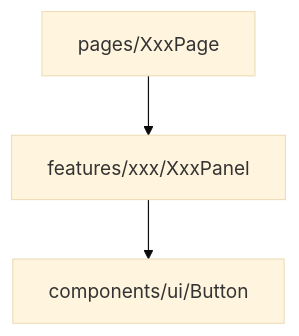
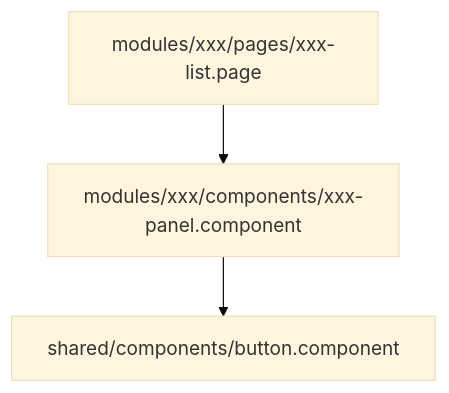
One commit to phananh2005/ArenaFlow-fe changed the diagram in docs/agent/design/_template/Component_Design.md. Above: the diagram before and after it, drawn with Mermaid (base theme). The commit also changed other lines of this file and 22 other files, not shown here.

````diff
--- a/docs/agent/design/_template/Component_Design.md
+++ b/docs/agent/design/_template/Component_Design.md
@@ -13,5 +13,5 @@
 ```mermaid
 graph TD
-  Page[pages/XxxPage] --> Feature[features/xxx/XxxPanel]
-  Feature --> UI[components/ui/Button]
+  Page[modules/xxx/pages/xxx-list.page] --> Feature[modules/xxx/components/xxx-panel.component]
+  Feature --> UI[shared/components/button.component]
 ```
````
